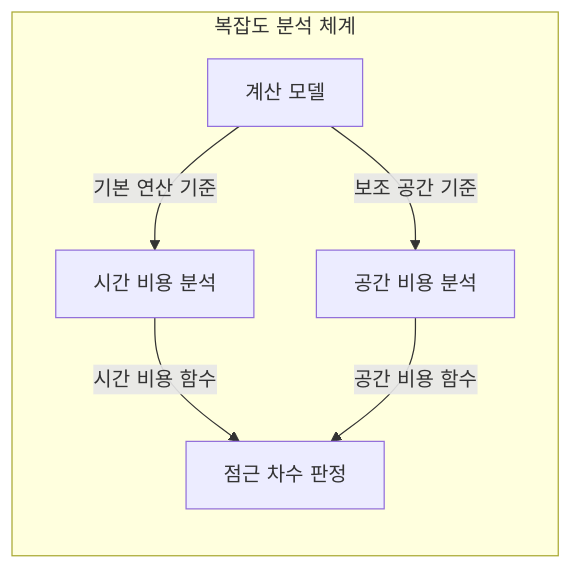
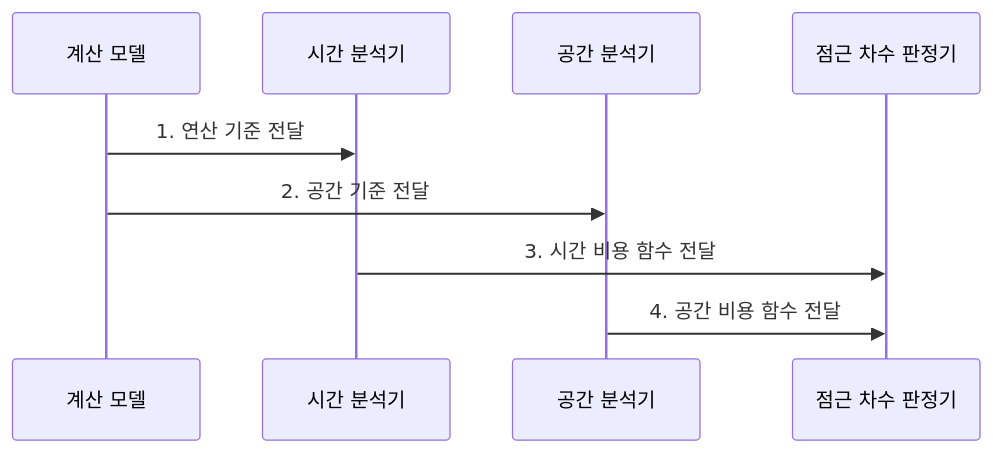
Before and after one commit to agnusdei1207/knowledge-base: the second of 3 diagrams in src/content/docs/notes/01-basic-theory/001_time_space_complexity.md, drawn with Mermaid. The commit also changed other lines of this file and 20 other files, not shown here.

````diff
--- a/src/content/docs/notes/01-basic-theory/001_time_space_complexity.md
+++ b/src/content/docs/notes/01-basic-theory/001_time_space_complexity.md
@@ -55,14 +79,11 @@
 ```mermaid
-flowchart TB
-    subgraph C[복잡도 분석 체계]
-        direction TB
-        M[계산 모델]
-        T[시간 비용 분석]
-        S[공간 비용 분석]
-        O[점근 차수 판정]
-        M -->|기본 연산 기준| T
-        M -->|보조 공간 기준| S
-        T -->|시간 비용 함수| O
-        S -->|공간 비용 함수| O
-    end
+sequenceDiagram
+    participant M as 계산 모델
+    participant T as 시간 분석기
+    participant S as 공간 분석기
+    participant O as 점근 차수 판정기
+    M->>T: 1. 연산 기준 전달
+    M->>S: 2. 공간 기준 전달
+    T->>O: 3. 시간 비용 함수 전달
+    S->>O: 4. 공간 비용 함수 전달
 ```
````
